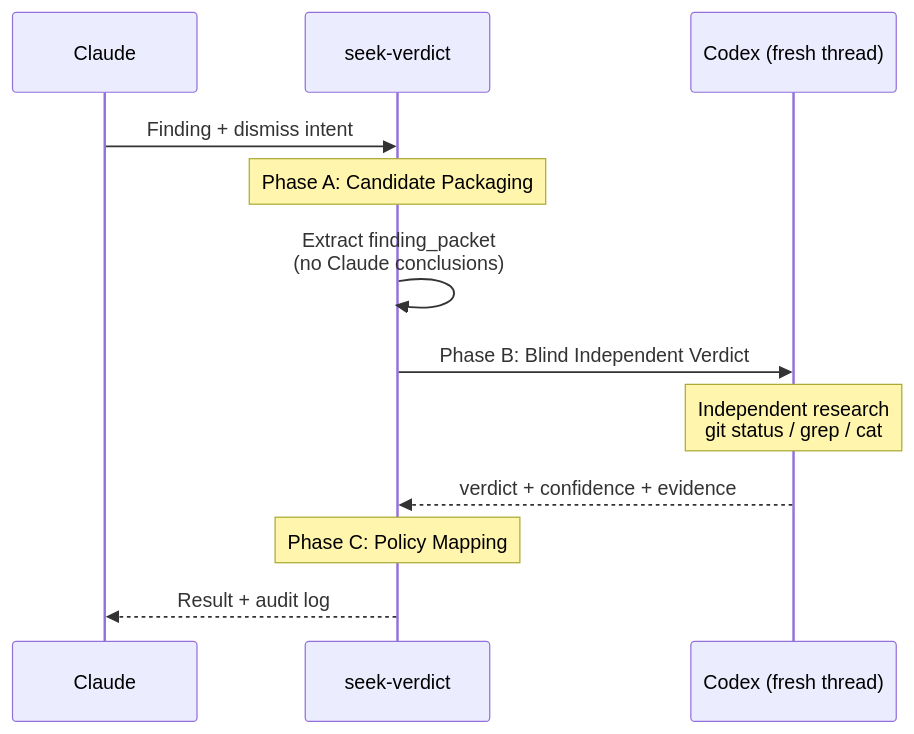
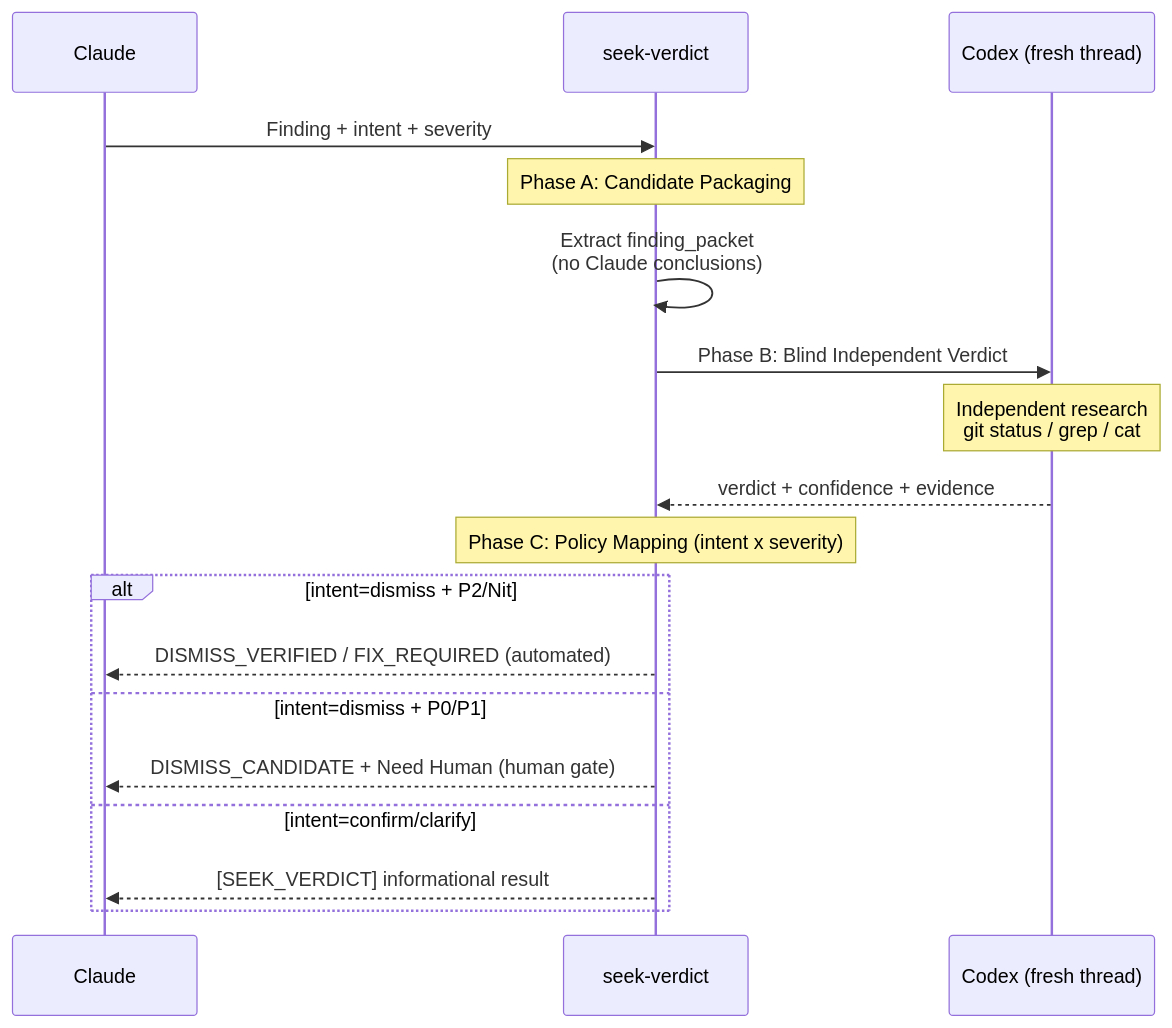
One commit to jupiter-Pulin/Uranus-dev-flow changed the diagram in skills/seek-verdict/SKILL.md. Above: the diagram before and after it, drawn with Mermaid. The commit also changed other lines of this file and 21 other files, not shown here.

First line of the commit message:
feat: Generalize /seek-verdict from P2-only to intent-based verification

````diff
--- a/skills/seek-verdict/SKILL.md
+++ b/skills/seek-verdict/SKILL.md
@@ -25,15 +37,21 @@
 ```mermaid
 sequenceDiagram
     participant C as Claude
     participant S as seek-verdict
     participant X as Codex (fresh thread)
 
-    C->>S: Finding + dismiss intent
+    C->>S: Finding + intent + severity
     Note over S: Phase A: Candidate Packaging
     S->>S: Extract finding_packet<br/>(no Claude conclusions)
     S->>X: Phase B: Blind Independent Verdict
     Note over X: Independent research<br/>git status / grep / cat
     X-->>S: verdict + confidence + evidence
-    Note over S: Phase C: Policy Mapping
-    S-->>C: Result + audit log
+    Note over S: Phase C: Policy Mapping (intent x severity)
+    alt intent=dismiss + P2/Nit
+        S-->>C: DISMISS_VERIFIED / FIX_REQUIRED (automated)
+    else intent=dismiss + P0/P1
+        S-->>C: DISMISS_CANDIDATE + Need Human (human gate)
+    else intent=confirm/clarify
+        S-->>C: [SEEK_VERDICT] informational result
+    end
 ```
````
